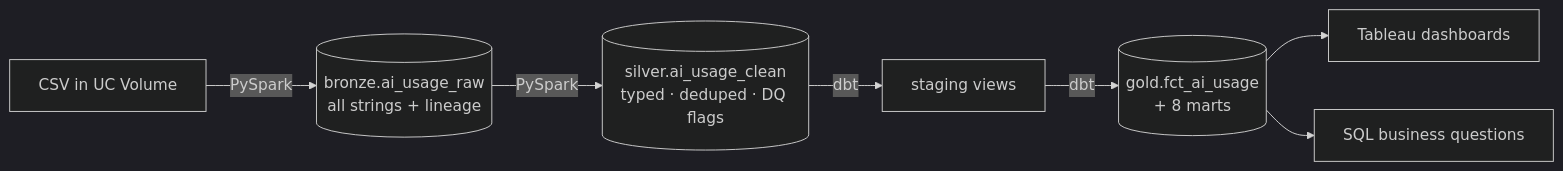
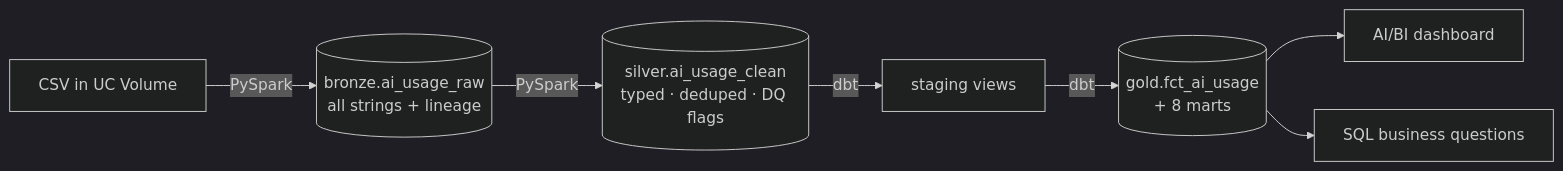
Before and after one commit to Hsooni491/ai-usage-analytics: the diagram in README.md, drawn with Mermaid (dark theme). The commit also changed other lines of this file and 26 other files, not shown here.

First line of the commit message:
feat: replace Tableau with a Databricks AI/BI dashboard

````diff
--- a/README.md
+++ b/README.md
@@ -10,9 +10,9 @@
 ```mermaid
 flowchart LR
     A[CSV in UC Volume] -->|PySpark| B[(bronze.ai_usage_raw<br/>all strings + lineage)]
     B -->|PySpark| C[(silver.ai_usage_clean<br/>typed · deduped · DQ flags)]
     C -->|dbt| D[staging views]
     D -->|dbt| E[(gold.fct_ai_usage<br/>+ 8 marts)]
-    E --> F[Tableau dashboards]
+    E --> F[AI/BI dashboard]
     E --> G[SQL business questions]
 ```
````
